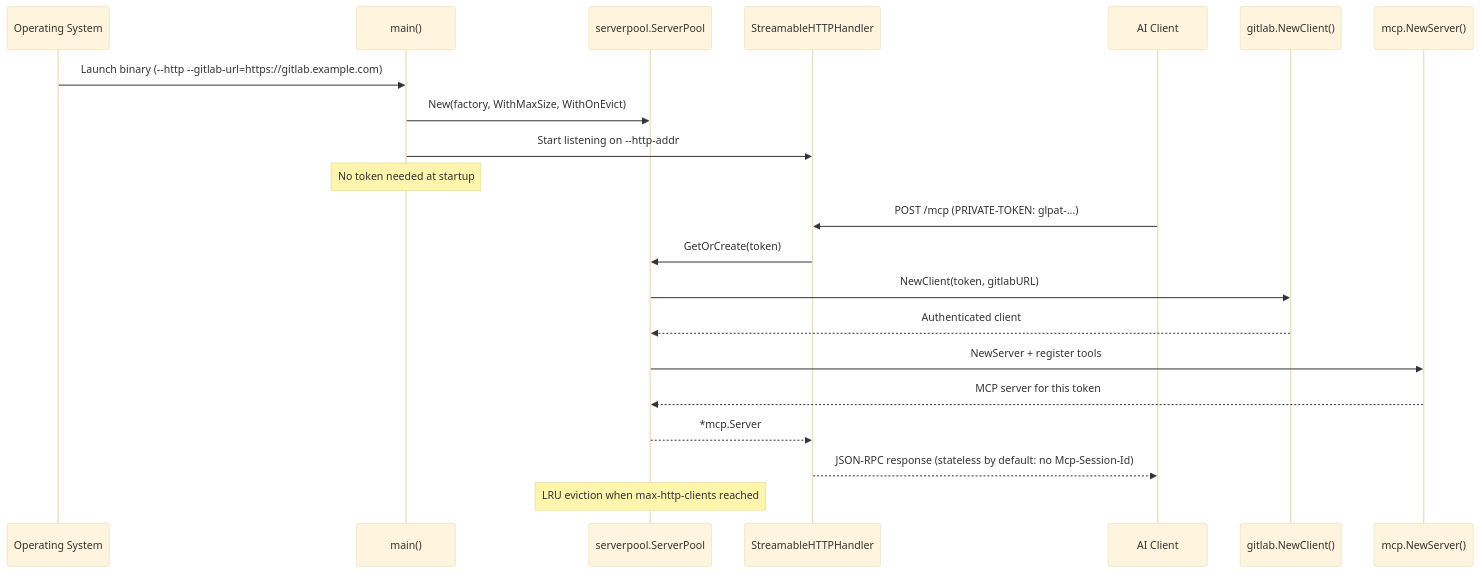
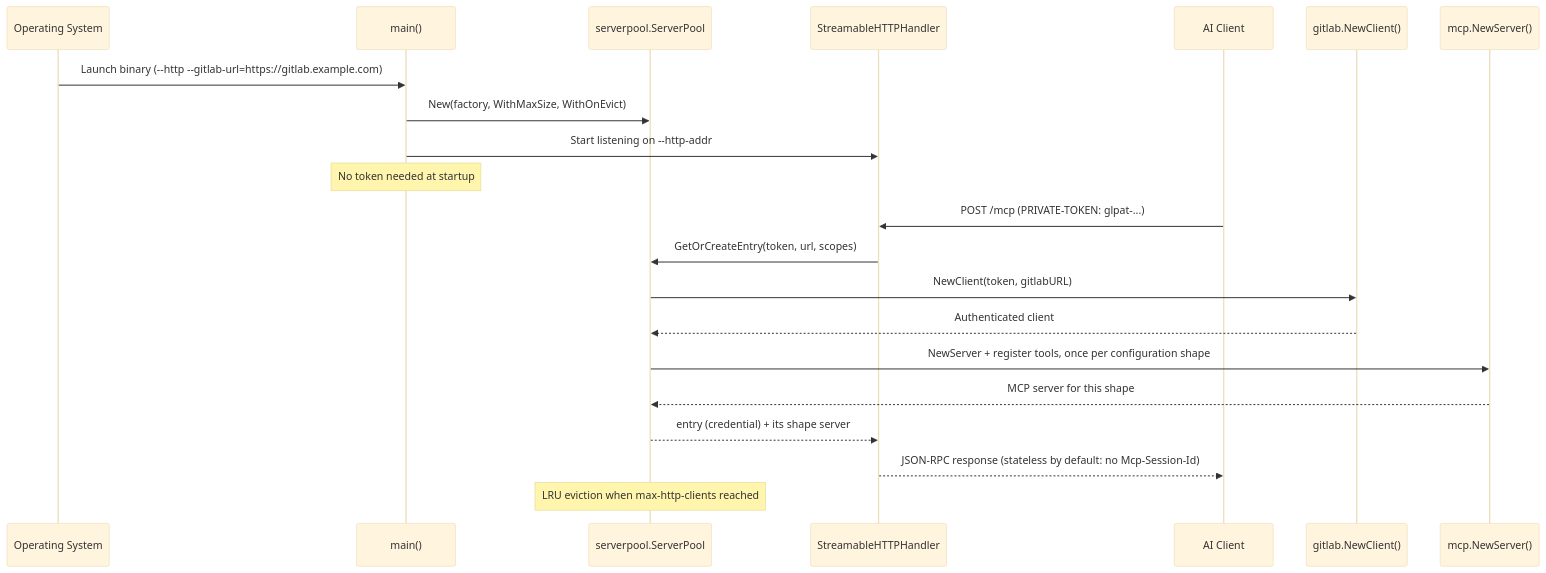
One commit to jmrplens/gitlab-mcp-server changed diagram 12 of 12 in docs/concepts/architecture.md. Above: the diagram before and after it, drawn with Mermaid (base theme). The commit also changed other lines of this file and 73 other files, not shown here.

````diff
--- a/docs/concepts/architecture.md
+++ b/docs/concepts/architecture.md
@@ -550,24 +552,24 @@
 ```mermaid
 sequenceDiagram
     participant OS as Operating System
     participant Main as main()
     participant Pool as serverpool.ServerPool
     participant HTTP as StreamableHTTPHandler
     participant Client as AI Client
     participant GL as gitlab.NewClient()
     participant MCP as mcp.NewServer()
 
     OS->>Main: Launch binary (--http --gitlab-url=https://gitlab.example.com)
     Main->>Pool: New(factory, WithMaxSize, WithOnEvict)
     Main->>HTTP: Start listening on --http-addr
     Note over Main: No token needed at startup
     Client->>HTTP: POST /mcp (PRIVATE-TOKEN: glpat-...)
-    HTTP->>Pool: GetOrCreate(token)
+    HTTP->>Pool: GetOrCreateEntry(token, url, scopes)
     Pool->>GL: NewClient(token, gitlabURL)
     GL-->>Pool: Authenticated client
-    Pool->>MCP: NewServer + register tools
-    MCP-->>Pool: MCP server for this token
-    Pool-->>HTTP: *mcp.Server
+    Pool->>MCP: NewServer + register tools, once per configuration shape
+    MCP-->>Pool: MCP server for this shape
+    Pool-->>HTTP: entry (credential) + its shape server
     HTTP-->>Client: JSON-RPC response (stateless by default: no Mcp-Session-Id)
     Note over Pool: LRU eviction when max-http-clients reached
 ```
````
